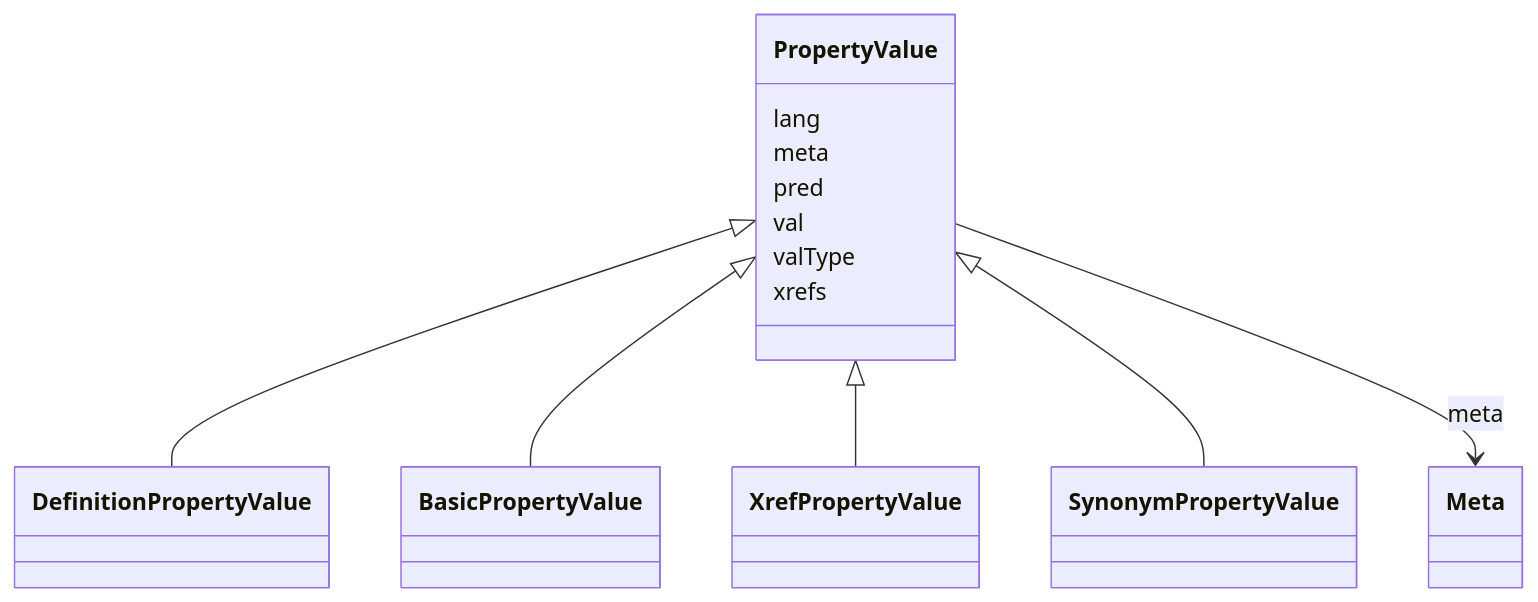
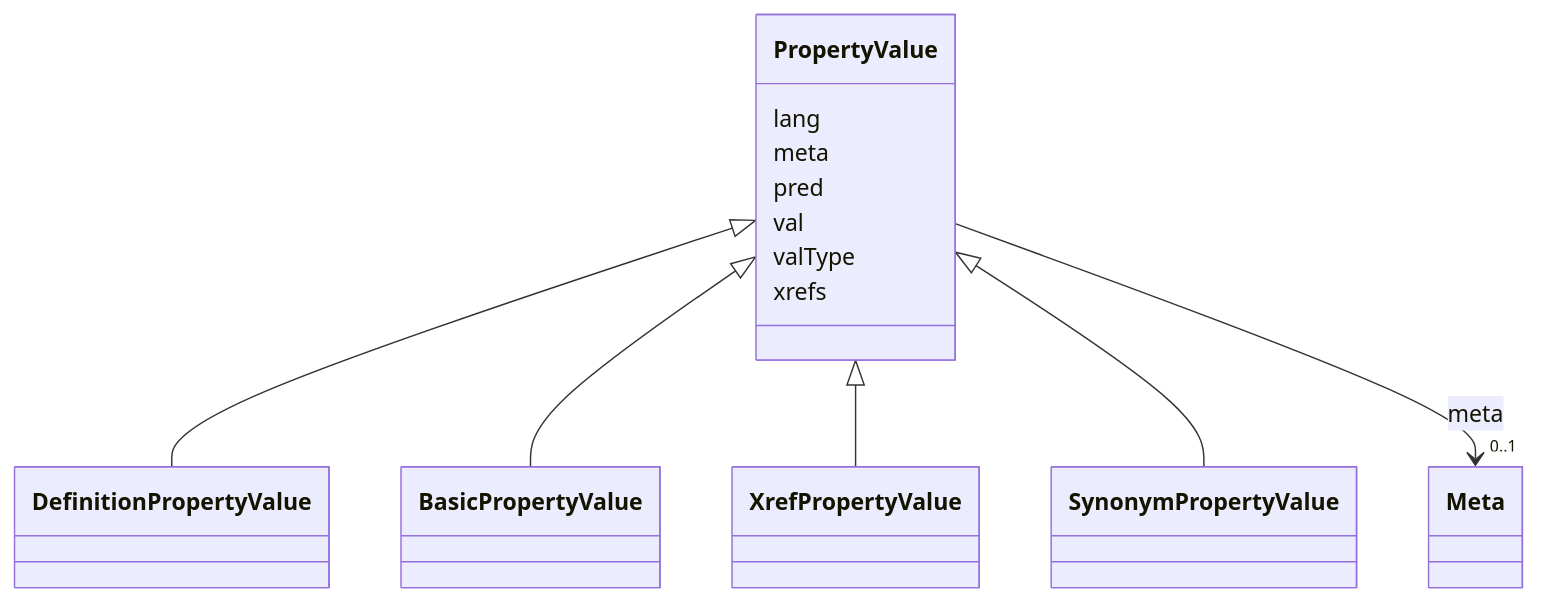
One commit to INCATools/ontology-access-kit changed the diagram in obograph/PropertyValue.md. Above: the diagram before and after it, drawn with Mermaid. The commit also changed other lines of this file and 3329 other files, not shown here.

````diff
--- a/obograph/PropertyValue.md
+++ b/obograph/PropertyValue.md
@@ -19,24 +21,34 @@
 ```{mermaid}
  classDiagram
     class PropertyValue
+    click PropertyValue href "../PropertyValue"
       PropertyValue <|-- DefinitionPropertyValue
+        click DefinitionPropertyValue href "../DefinitionPropertyValue"
       PropertyValue <|-- BasicPropertyValue
+        click BasicPropertyValue href "../BasicPropertyValue"
       PropertyValue <|-- XrefPropertyValue
+        click XrefPropertyValue href "../XrefPropertyValue"
       PropertyValue <|-- SynonymPropertyValue
+        click SynonymPropertyValue href "../SynonymPropertyValue"
       
       PropertyValue : lang
         
       PropertyValue : meta
         
-          PropertyValue --> Meta : meta
+          
+    
+    
+    PropertyValue --> "0..1" Meta : meta
+    click Meta href "../Meta"
+
         
       PropertyValue : pred
         
       PropertyValue : val
         
       PropertyValue : valType
         
       PropertyValue : xrefs
         
       
 ```
````
